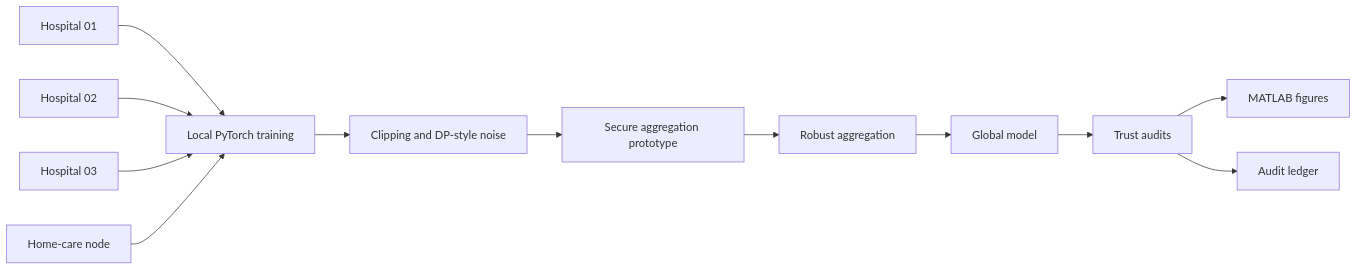
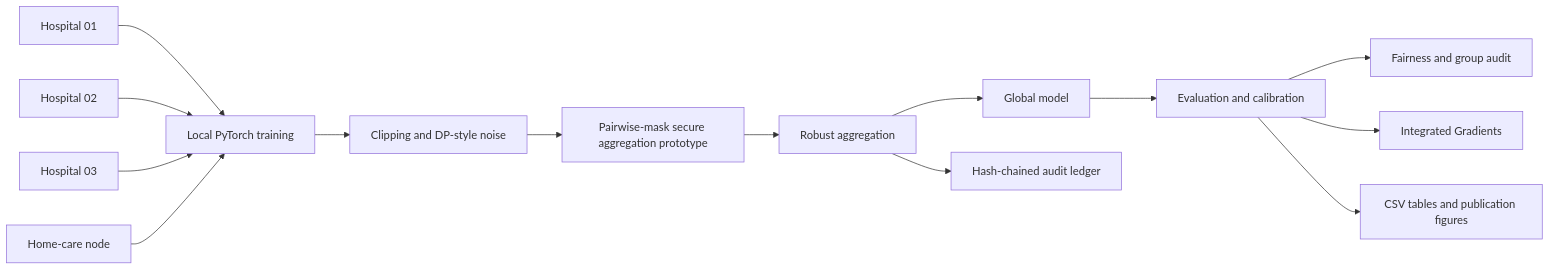
One commit to Hirakhyzer/CareFed-TrustLab changed the first of 2 diagrams in README.md. Above: the diagram before and after it, drawn with Mermaid. The commit also changed other lines of this file, not shown here.

Commit message:
Show expanded research architecture in README

````diff
--- a/README.md
+++ b/README.md
@@ -28,14 +31,16 @@
 ```mermaid
 flowchart LR
   H1[Hospital 01] --> L[Local PyTorch training]
   H2[Hospital 02] --> L
   H3[Hospital 03] --> L
   HC[Home-care node] --> L
-  L --> P[Clipping and DP-style noise]
-  P --> S[Secure aggregation prototype]
-  S --> R[Robust aggregation]
-  R --> G[Global model]
-  G --> T[Trust audits]
-  T --> M[MATLAB figures]
-  T --> A[Audit ledger]
+  L --> DP[Clipping and DP-style noise]
+  DP --> SA[Pairwise-mask secure aggregation prototype]
+  SA --> RA[Robust aggregation]
+  RA --> GM[Global model]
+  GM --> EV[Evaluation and calibration]
+  EV --> FA[Fairness and group audit]
+  EV --> IG[Integrated Gradients]
+  EV --> FIG[CSV tables and publication figures]
+  RA --> LEDGER[Hash-chained audit ledger]
 ```
````
